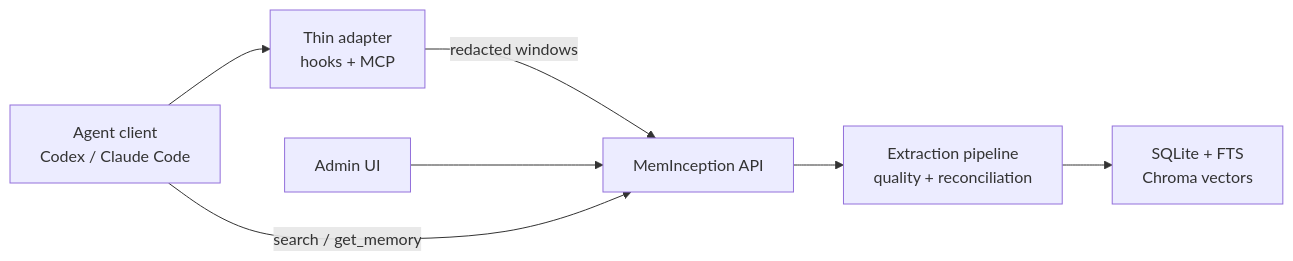
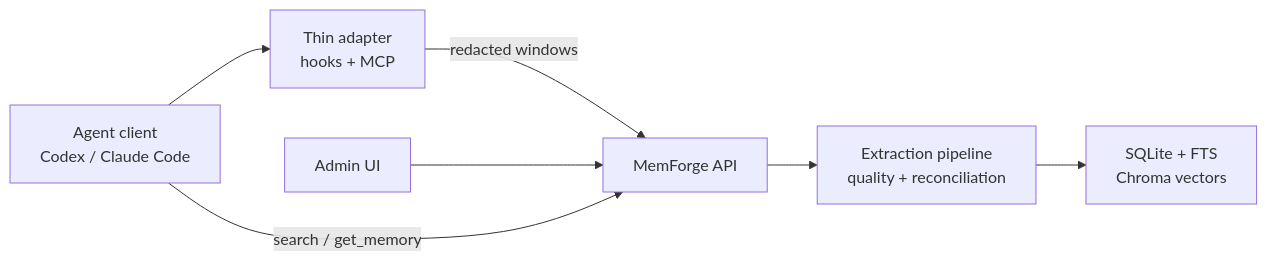
Before and after one commit to dodo-labs-ai/mem-forge: the diagram in README.md, drawn with Mermaid. The commit also changed other lines of this file and 183 other files, not shown here.

Commit message:
chore: rename project to MemForge

````diff
--- a/README.md
+++ b/README.md
@@ -30,16 +50,16 @@
 ```mermaid
 flowchart LR
   Agent["Agent client\nCodex / Claude Code"]
   Adapter["Thin adapter\nhooks + MCP"]
-  API["MemInception API"]
+  API["MemForge API"]
   Pipeline["Extraction pipeline\nquality + reconciliation"]
   Store["SQLite + FTS\nChroma vectors"]
   UI["Admin UI"]
 
   Agent --> Adapter
   Adapter -->|"redacted windows"| API
   API --> Pipeline
   Pipeline --> Store
   UI --> API
   Agent -->|"search / get_memory"| API
 ```
````
